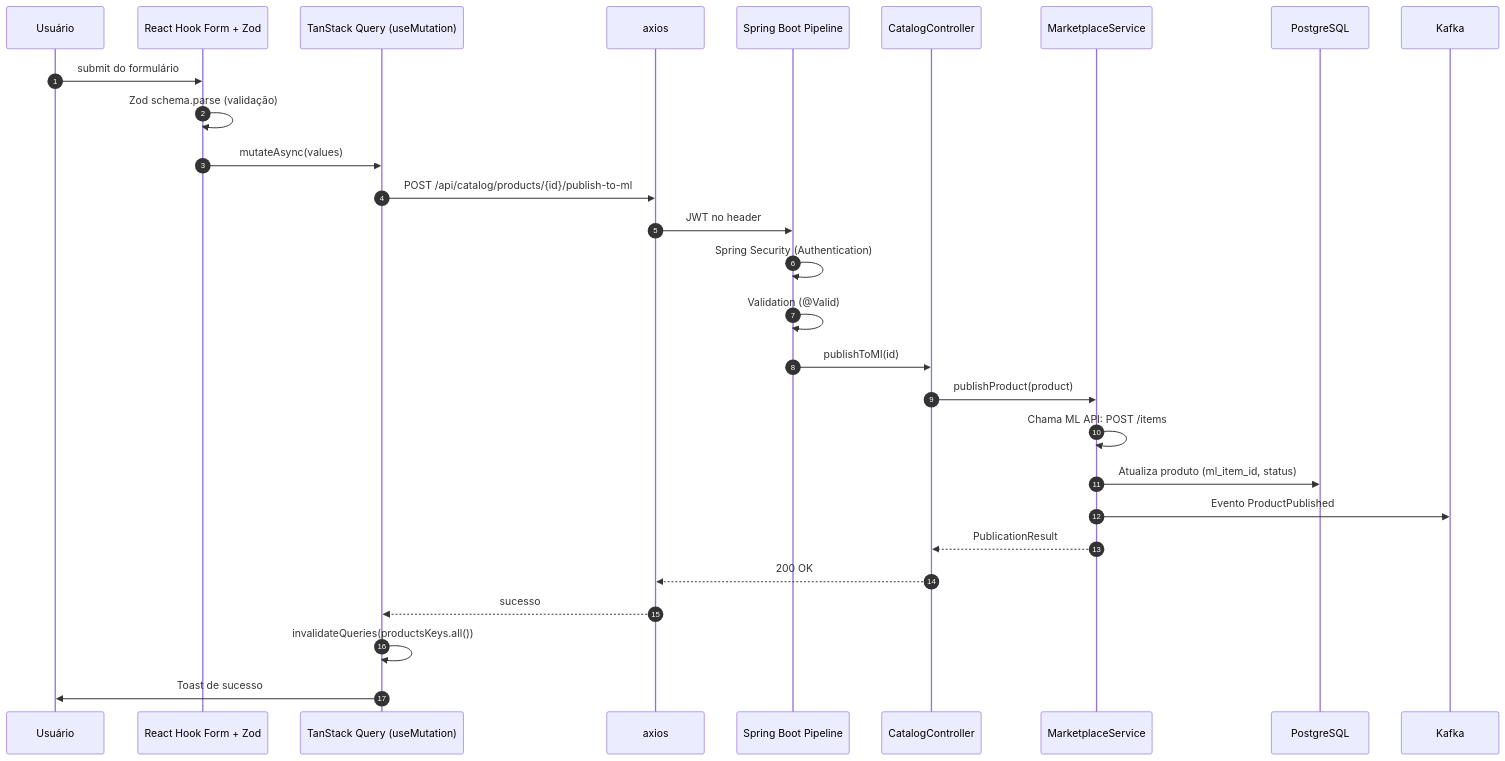
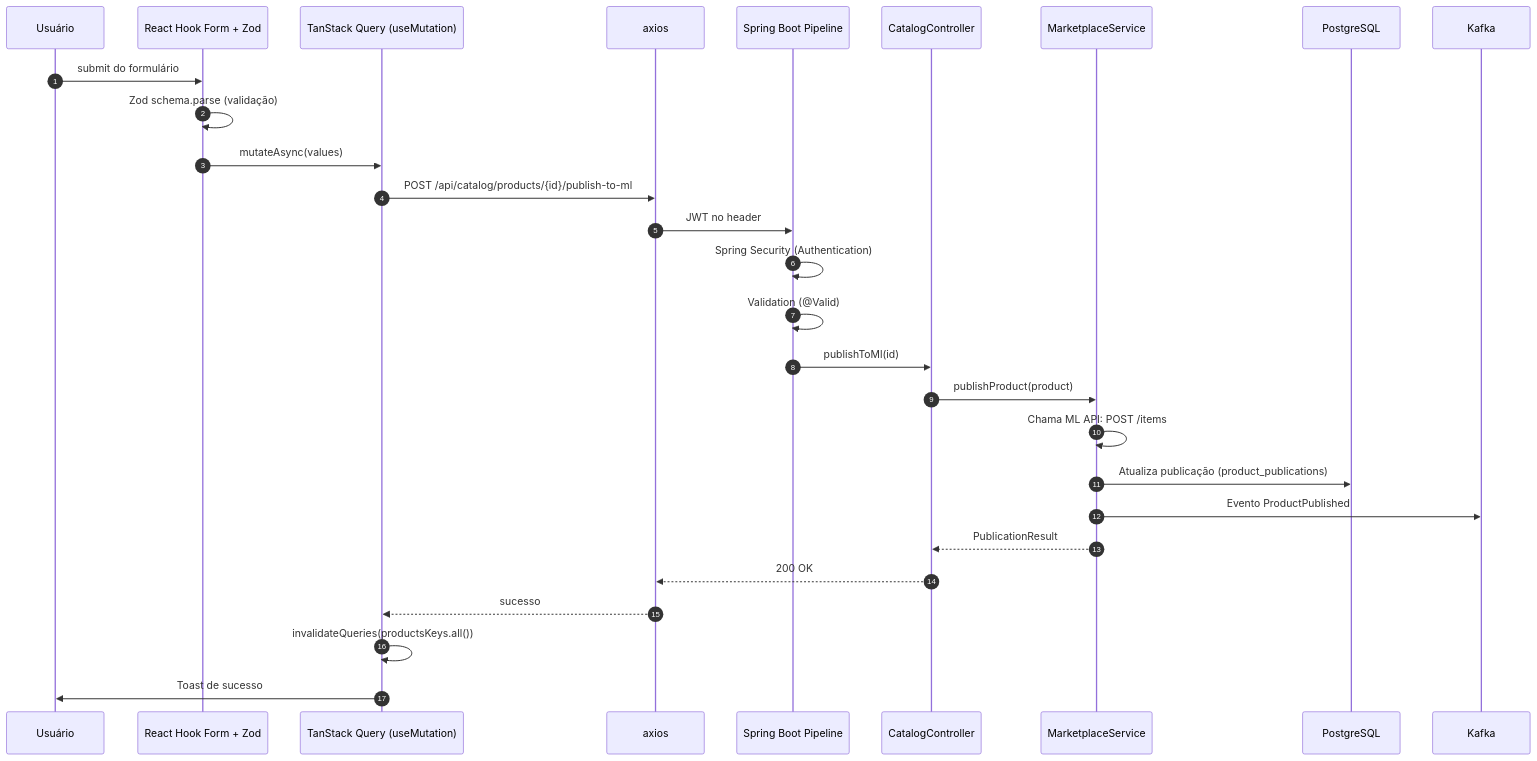
Before and after one commit to jhowzin-dev/ERP: diagram 14 of 22 in README.md, drawn with Mermaid. The commit also changed other lines of this file and 1 other file, not shown here.

````diff
--- a/README.md
+++ b/README.md
@@ -739,32 +832,32 @@
 ```mermaid
 sequenceDiagram
     autonumber
     participant U as Usuário
     participant F as React Hook Form + Zod
     participant Q as TanStack Query (useMutation)
     participant AX as axios
     participant P as Spring Boot Pipeline
     participant C as CatalogController
     participant S as MarketplaceService
     participant DB as PostgreSQL
     participant K as Kafka
 
     U->>F: submit do formulário
     F->>F: Zod schema.parse (validação)
     F->>Q: mutateAsync(values)
     Q->>AX: POST /api/catalog/products/{id}/publish-to-ml
     AX->>P: JWT no header
 
     P->>P: Spring Security (Authentication)
     P->>P: Validation (@Valid)
     P->>C: publishToMl(id)
     C->>S: publishProduct(product)
     S->>S: Chama ML API: POST /items
-    S->>DB: Atualiza produto (ml_item_id, status)
+    S->>DB: Atualiza publicação (product_publications)
     S->>K: Evento ProductPublished
     S-->>C: PublicationResult
     C-->>AX: 200 OK
     AX-->>Q: sucesso
     Q->>Q: invalidateQueries(productsKeys.all())
     Q->>U: Toast de sucesso
 ```
````
